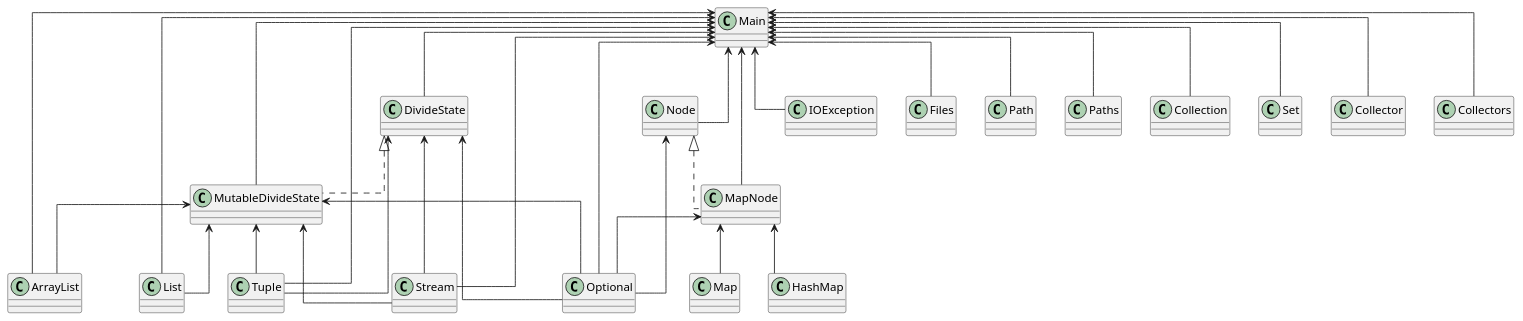
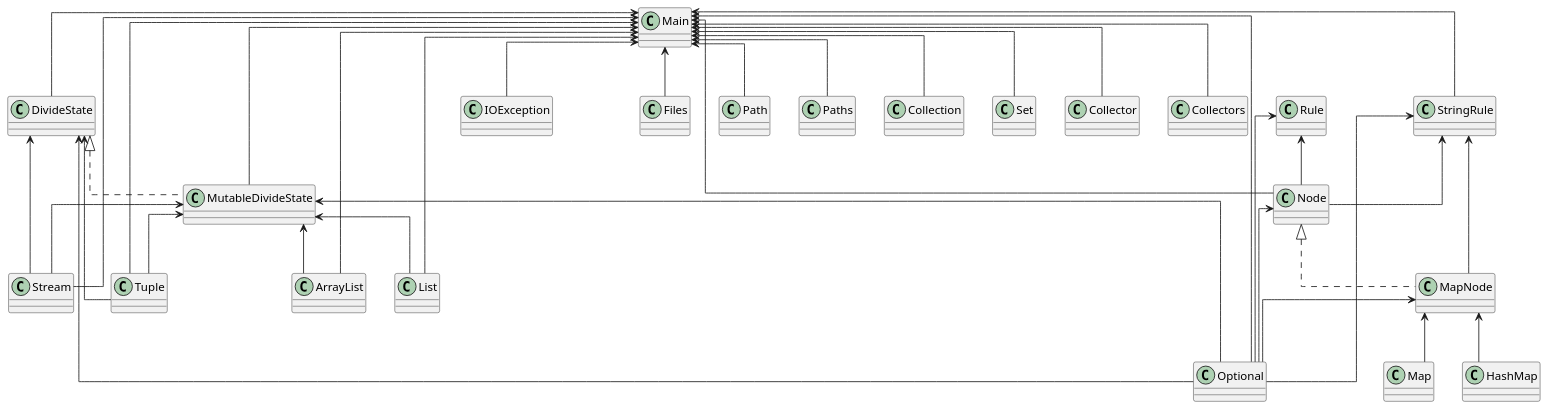
One commit to SirMathhman/Magma changed the diagram in diagram.puml. Above: the diagram before and after it, drawn with PlantUML. The commit also changed 3 other files, not shown here.

```diff
--- a/diagram.puml
+++ b/diagram.puml
@@ -1,40 +1,47 @@
 @startuml
 skinparam linetype ortho
+class StringRule
+StringRule <-- MapNode
+StringRule <-- Node
+StringRule <-- Optional
+class Rule
+Rule <-- Node
+Rule <-- Optional
 class Main
 Main <-- Tuple
 Main <-- DivideState
 Main <-- MutableDivideState
-Main <-- MapNode
 Main <-- Node
+Main <-- StringRule
 Main <-- IOException
 Main <-- Files
 Main <-- Path
 Main <-- Paths
 Main <-- ArrayList
 Main <-- Collection
 Main <-- List
 Main <-- Optional
 Main <-- Set
 Main <-- Collector
 Main <-- Collectors
 Main <-- Stream
 class Node
 Node <-- Optional
 class MutableDivideState
 MutableDivideState <-- Tuple
 MutableDivideState <-- ArrayList
 MutableDivideState <-- List
 MutableDivideState <-- Optional
 MutableDivideState <-- Stream
 class MutableDivideState implements DivideState 
 class Tuple
 class DivideState
 DivideState <-- Tuple
 DivideState <-- Optional
 DivideState <-- Stream
 class MapNode
 MapNode <-- HashMap
 MapNode <-- Map
 MapNode <-- Optional
 class MapNode implements Node 
 @enduml
```
